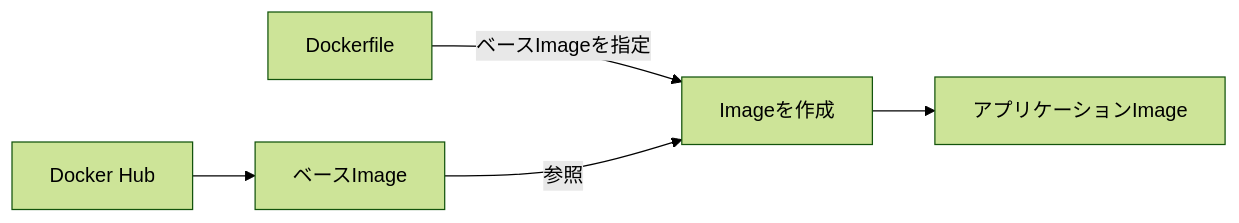
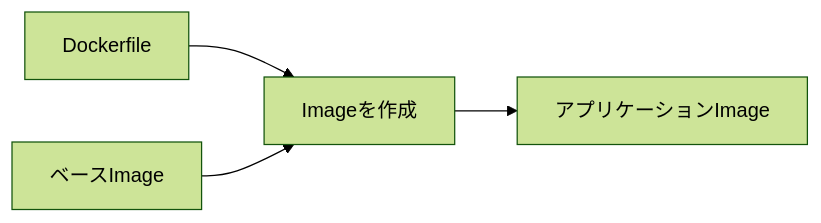
One commit to Yamagishi-127/qiita-contents changed the fourth of 10 diagrams in public/docker-tutorial.md. Above: the diagram before and after it, drawn with Mermaid (forest theme). The commit also changed other lines of this file, not shown here.

Commit message:
fix: docker-tutorial.md文章の構成を修正

````diff
--- a/public/docker-tutorial.md
+++ b/public/docker-tutorial.md
@@ -201,7 +186,6 @@
 ```mermaid
 flowchart LR
-  Dockerfile -->|ベースImageを指定| build["Imageを作成"] 
-  hub["Docker Hub"] --> base["ベースImage"] 
-  base -->|参照| build 
+  Dockerfile --> build["Imageを作成"]
+  base["ベースImage"] --> build
   build --> app["アプリケーションImage"]
 ```
````
